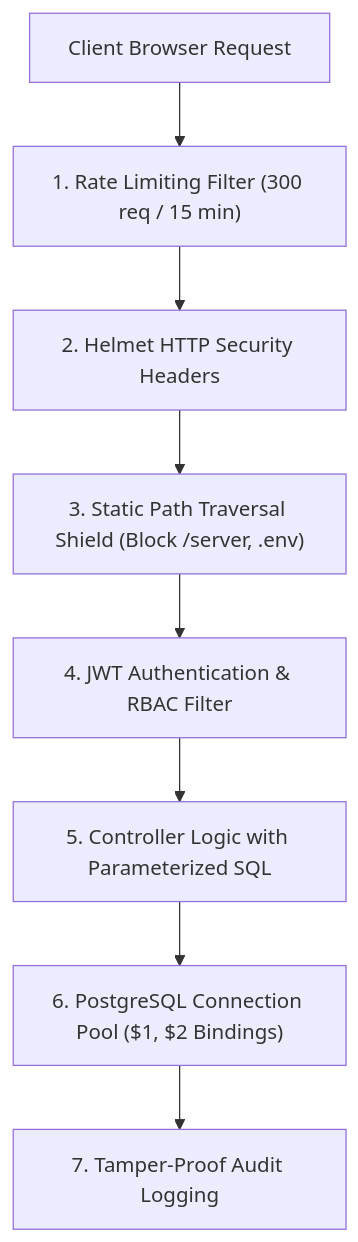
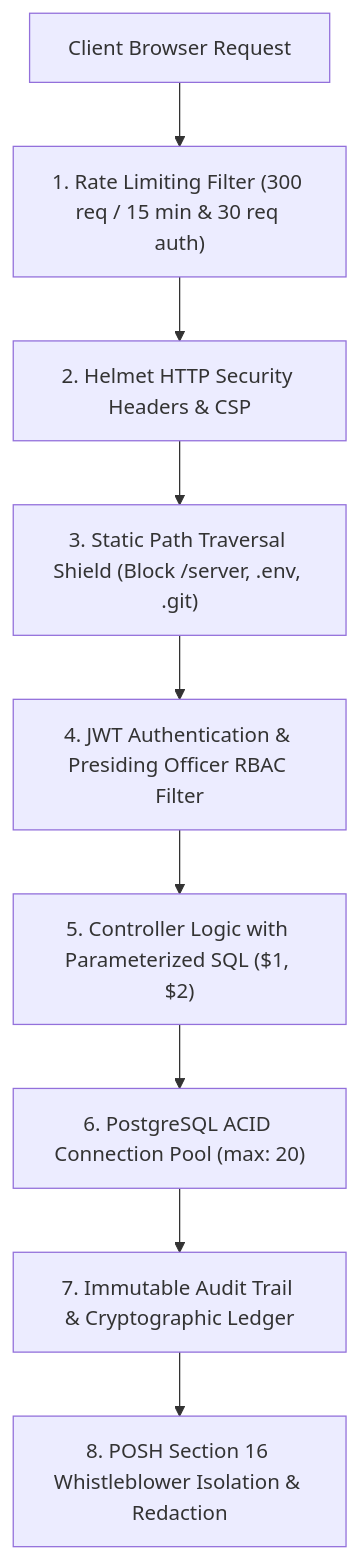
Before and after one commit to dev1worxpertise-blip/elearning: the diagram in docs/1_TECHNICAL_AND_VAPT_DOCUMENT.md, drawn with Mermaid. The commit also changed other lines of this file and 4 other files, not shown here.

Commit message:
docs: comprehensive update of technical, VAPT, operational, compliance, and architecture documentation for all enterprise features

````diff
--- a/docs/1_TECHNICAL_AND_VAPT_DOCUMENT.md
+++ b/docs/1_TECHNICAL_AND_VAPT_DOCUMENT.md
@@ -42,10 +50,11 @@
 ```mermaid
 flowchart TD
-    Client["Client Browser Request"] --> RateLimit["1. Rate Limiting Filter (300 req / 15 min)"]
-    RateLimit --> Helmet["2. Helmet HTTP Security Headers"]
-    Helmet --> PathBlock["3. Static Path Traversal Shield (Block /server, .env)"]
-    PathBlock --> AuthJWTMiddleware["4. JWT Authentication & RBAC Filter"]
-    AuthJWTMiddleware --> Controller["5. Controller Logic with Parameterized SQL"]
-    Controller --> PostgrePool["6. PostgreSQL Connection Pool ($1, $2 Bindings)"]
-    PostgrePool --> AuditTrail["7. Tamper-Proof Audit Logging"]
+    Client["Client Browser Request"] --> RateLimit["1. Rate Limiting Filter (300 req / 15 min & 30 req auth)"]
+    RateLimit --> Helmet["2. Helmet HTTP Security Headers & CSP"]
+    Helmet --> PathBlock["3. Static Path Traversal Shield (Block /server, .env, .git)"]
+    PathBlock --> AuthJWTMiddleware["4. JWT Authentication & Presiding Officer RBAC Filter"]
+    AuthJWTMiddleware --> Controller["5. Controller Logic with Parameterized SQL ($1, $2)"]
+    Controller --> PostgrePool["6. PostgreSQL ACID Connection Pool (max: 20)"]
+    PostgrePool --> AuditTrail["7. Immutable Audit Trail & Cryptographic Ledger"]
+    AuditTrail --> Sec16Firewall["8. POSH Section 16 Whistleblower Isolation & Redaction"]
 ```
````
